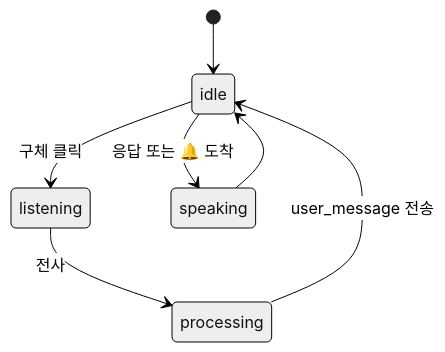
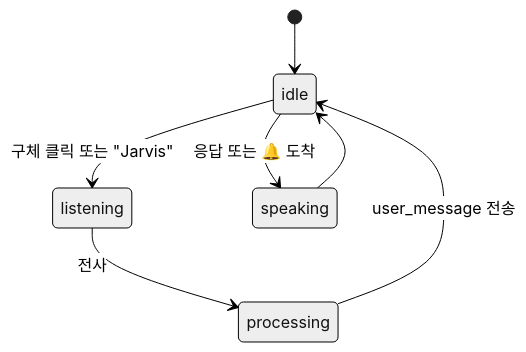
One commit to ash-hun/jarvis-agent changed the first of 4 diagrams in website/docs/concepts/conversation/voice.md. Above: the diagram before and after it, drawn with Mermaid (neutral theme). The commit also changed other lines of this file and 4 other files, not shown here.

````diff
--- a/website/docs/concepts/conversation/voice.md
+++ b/website/docs/concepts/conversation/voice.md
@@ -120,9 +121,9 @@
 ```mermaid
 stateDiagram-v2
   [*] --> idle
-  idle --> listening: 구체 클릭
+  idle --> listening: 구체 클릭 또는 "Jarvis"
   listening --> processing: 전사
   processing --> idle: user_message 전송
   idle --> speaking: 응답 또는 🔔 도착
   speaking --> idle
 ```
````
